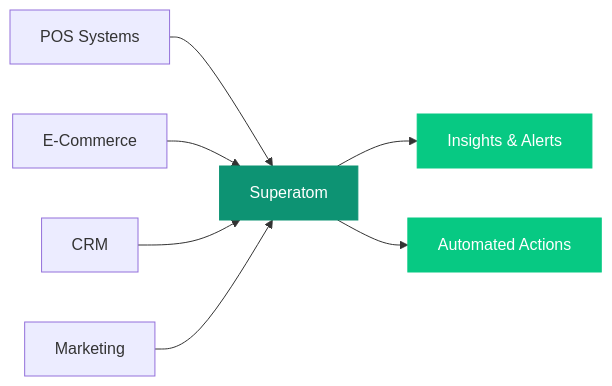
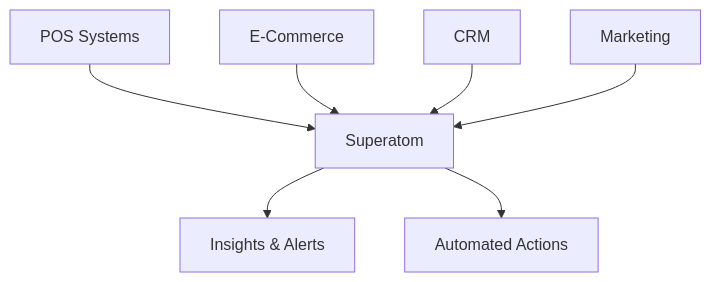
One commit to ashishsuperatom/tech-docs changed the diagram in use-cases/retail.mdx. Above: the diagram before and after it, drawn with Mermaid. The commit also changed 37 other files, not shown here.

First line of the commit message:
Clean up docs: remove em-dashes, fix mermaid diagrams, remove emojis

````diff
--- a/use-cases/retail.mdx
+++ b/use-cases/retail.mdx
@@ -68,13 +68,10 @@
 ```mermaid
-flowchart LR
+flowchart TD
     POS["POS Systems"] --> SA["Superatom"]
     ECOM["E-Commerce"] --> SA
     CRM["CRM"] --> SA
     MKT["Marketing"] --> SA
     SA --> INS["Insights & Alerts"]
     SA --> ACT["Automated Actions"]
 
-    style SA fill:#0D9373,color:#fff,stroke:#0D9373
-    style INS fill:#07C983,color:#fff,stroke:#07C983
-    style ACT fill:#07C983,color:#fff,stroke:#07C983
 ```
````
